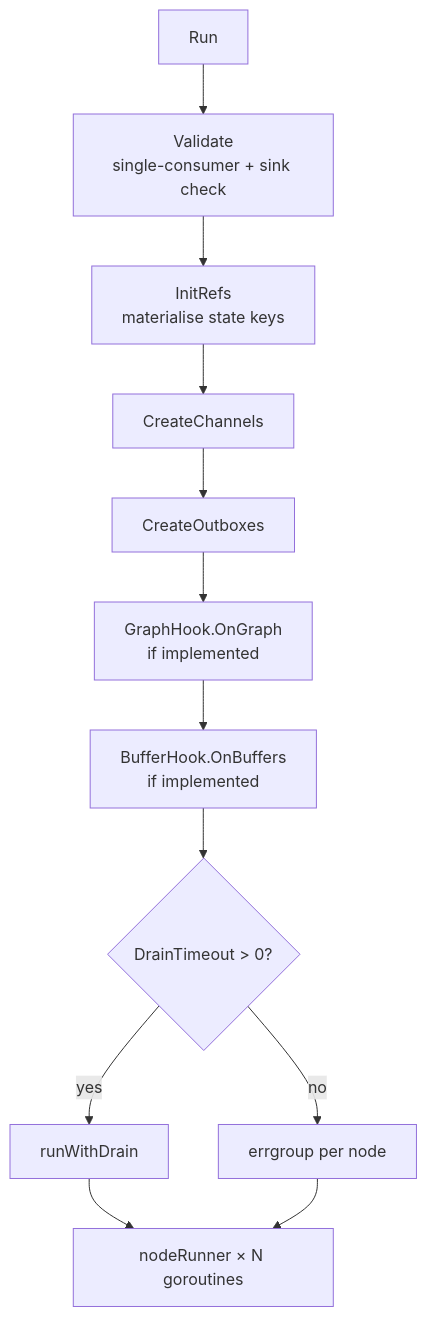
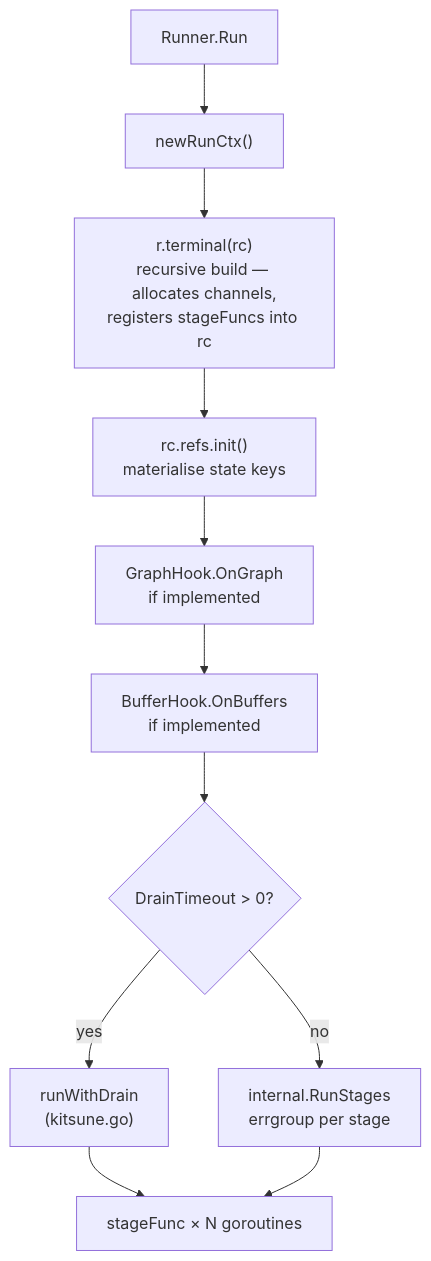
The fifth of 14 diagrams in doc/internals.md (zenbaku/go-kitsune), drawn with Mermaid before and after one commit. The commit also changed other lines of this file and 61 other files, not shown here.

````diff
--- a/doc/internals.md
+++ b/doc/internals.md
@@ -191,14 +221,13 @@
 ```mermaid
 flowchart TD
-    A[Run] --> B[Validate\nsingle-consumer + sink check]
-    B --> C[InitRefs\nmaterialise state keys]
-    C --> D[CreateChannels]
-    D --> E[CreateOutboxes]
-    E --> F[GraphHook.OnGraph\nif implemented]
-    F --> G[BufferHook.OnBuffers\nif implemented]
-    G --> H{DrainTimeout > 0?}
-    H -->|yes| I[runWithDrain]
-    H -->|no| J[errgroup per node]
-    I --> K[nodeRunner × N goroutines]
-    J --> K
+    A["Runner.Run"] --> B["newRunCtx()"]
+    B --> C["r.terminal(rc)\nrecursive build — allocates channels,\nregisters stageFuncs into rc"]
+    C --> D["rc.refs.init()\nmaterialise state keys"]
+    D --> E["GraphHook.OnGraph\nif implemented"]
+    E --> F["BufferHook.OnBuffers\nif implemented"]
+    F --> G{DrainTimeout > 0?}
+    G -->|yes| H["runWithDrain\n(kitsune.go)"]
+    G -->|no| I["internal.RunStages\nerrgroup per stage"]
+    H --> J["stageFunc × N goroutines"]
+    I --> J
 ```
````
